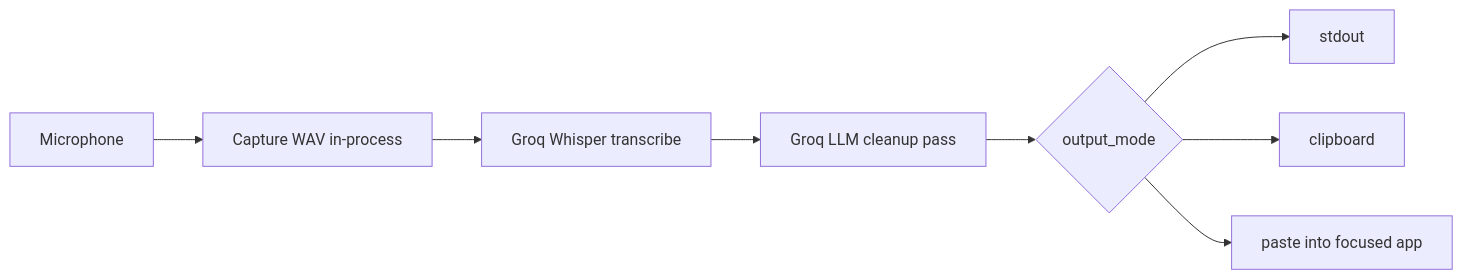
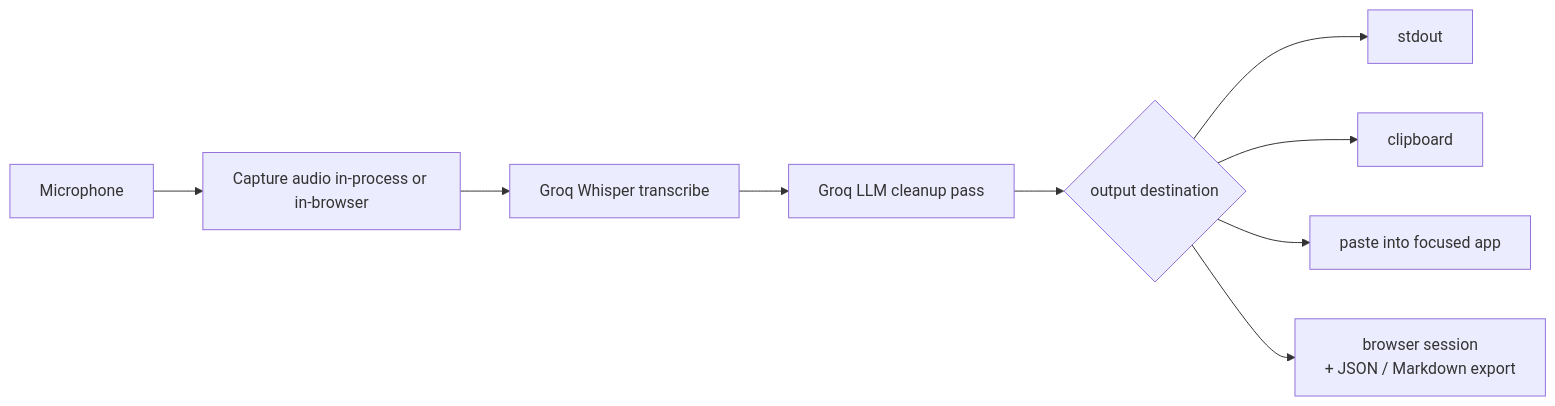
Before and after one commit to mazen160/flowstate: the diagram in README.md, drawn with Mermaid. The commit also changed other lines of this file and 4 other files, not shown here.

````diff
--- a/README.md
+++ b/README.md
@@ -84,10 +112,11 @@
 ```mermaid
 flowchart LR
-    Mic[Microphone] --> Capture[Capture WAV in-process]
+    Mic[Microphone] --> Capture[Capture audio in-process or in-browser]
     Capture --> Whisper[Groq Whisper transcribe]
     Whisper --> Cleanup[Groq LLM cleanup pass]
-    Cleanup --> Out{output_mode}
+    Cleanup --> Out{output destination}
     Out --> Stdout[stdout]
     Out --> Clipboard[clipboard]
     Out --> Paste[paste into focused app]
+    Out --> Browser[browser session<br/>+ JSON / Markdown export]
 ```
````
